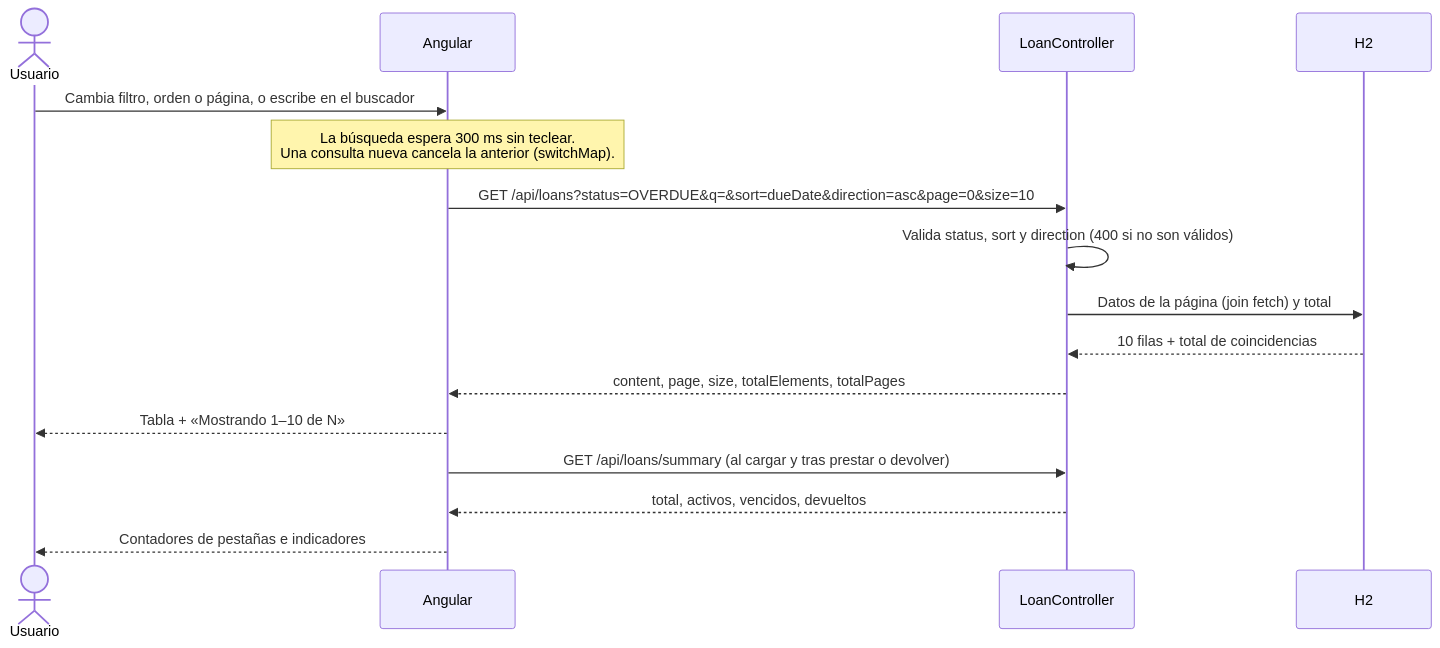
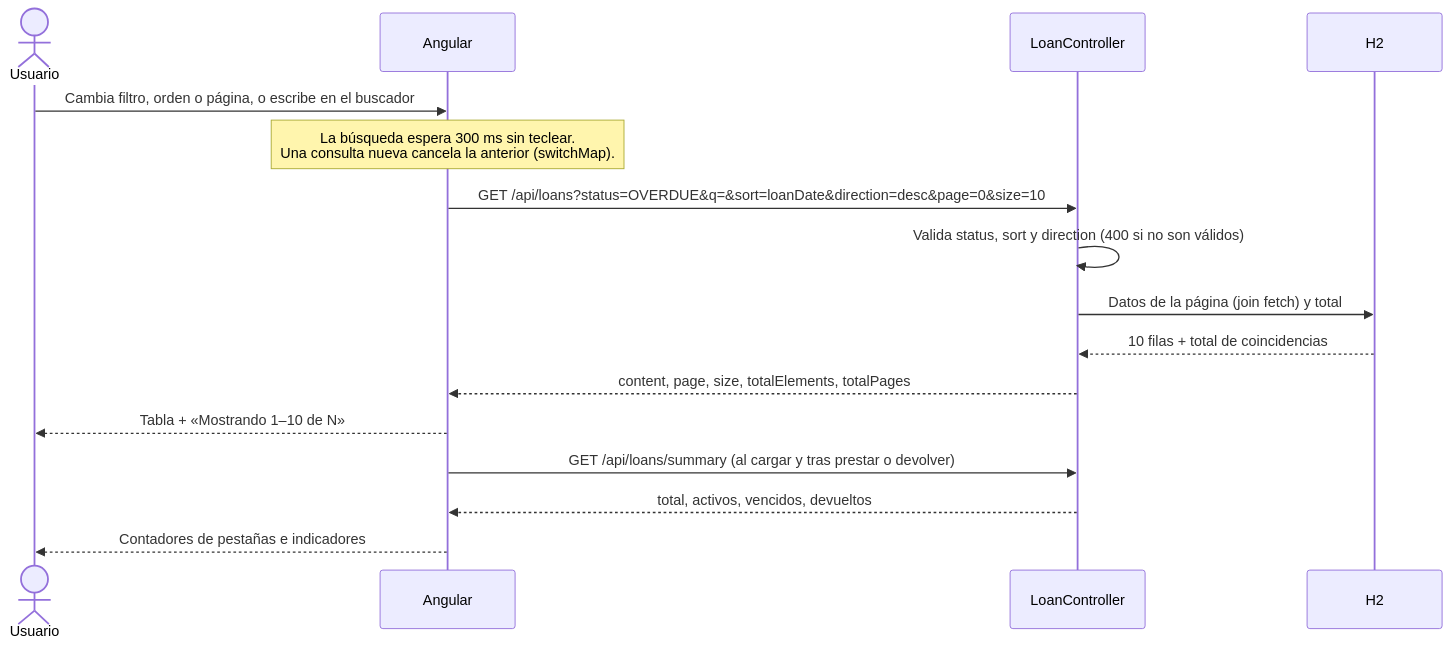
One commit to zseuz/biblioteca changed the eighth of 11 diagrams in README.md. Above: the diagram before and after it, drawn with Mermaid. The commit also changed other lines of this file and 5 other files, not shown here.

````diff
--- a/README.md
+++ b/README.md
@@ -395,19 +395,19 @@
 ```mermaid
 sequenceDiagram
     actor U as Usuario
     participant W as Angular
     participant API as LoanController
     participant DB as H2
 
     U->>W: Cambia filtro, orden o página, o escribe en el buscador
     Note over W: La búsqueda espera 300 ms sin teclear.<br/>Una consulta nueva cancela la anterior (switchMap).
-    W->>API: GET /api/loans?status=OVERDUE&q=&sort=dueDate&direction=asc&page=0&size=10
+    W->>API: GET /api/loans?status=OVERDUE&q=&sort=loanDate&direction=desc&page=0&size=10
     API->>API: Valida status, sort y direction (400 si no son válidos)
     API->>DB: Datos de la página (join fetch) y total
     DB-->>API: 10 filas + total de coincidencias
     API-->>W: content, page, size, totalElements, totalPages
     W-->>U: Tabla + «Mostrando 1–10 de N»
     W->>API: GET /api/loans/summary (al cargar y tras prestar o devolver)
     API-->>W: total, activos, vencidos, devueltos
     W-->>U: Contadores de pestañas e indicadores
 ```
````
